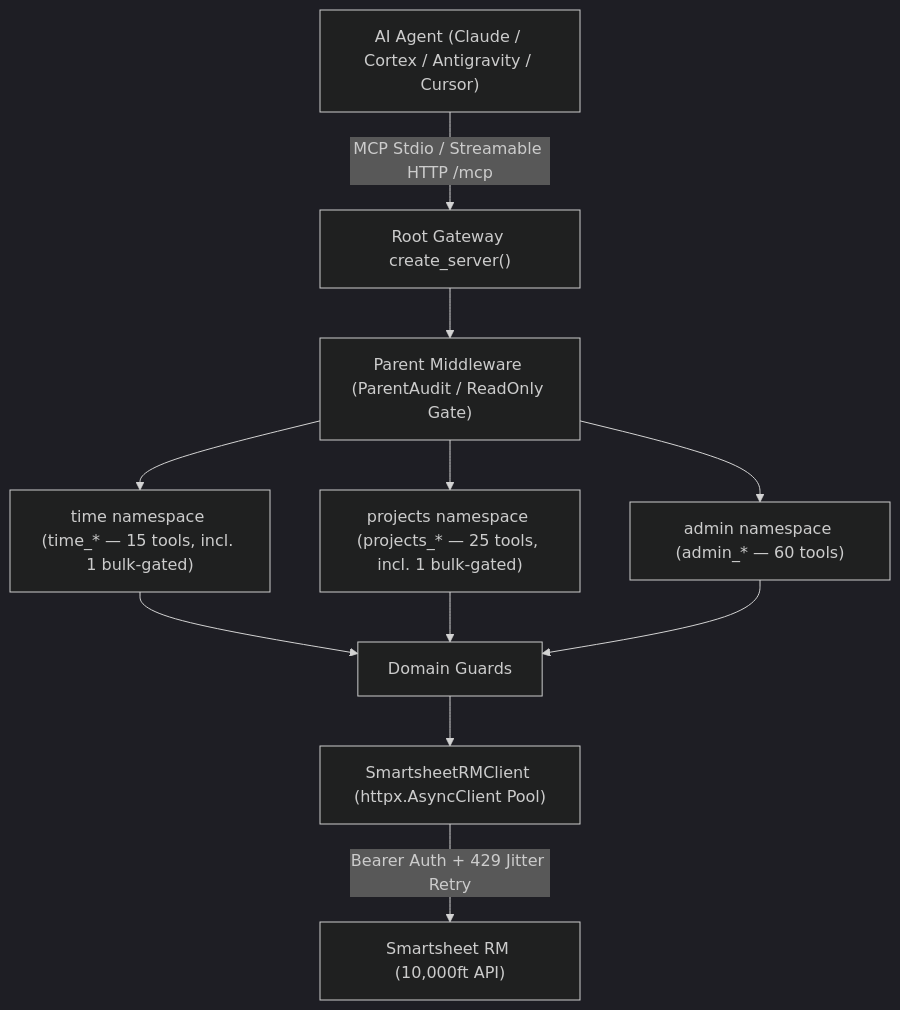
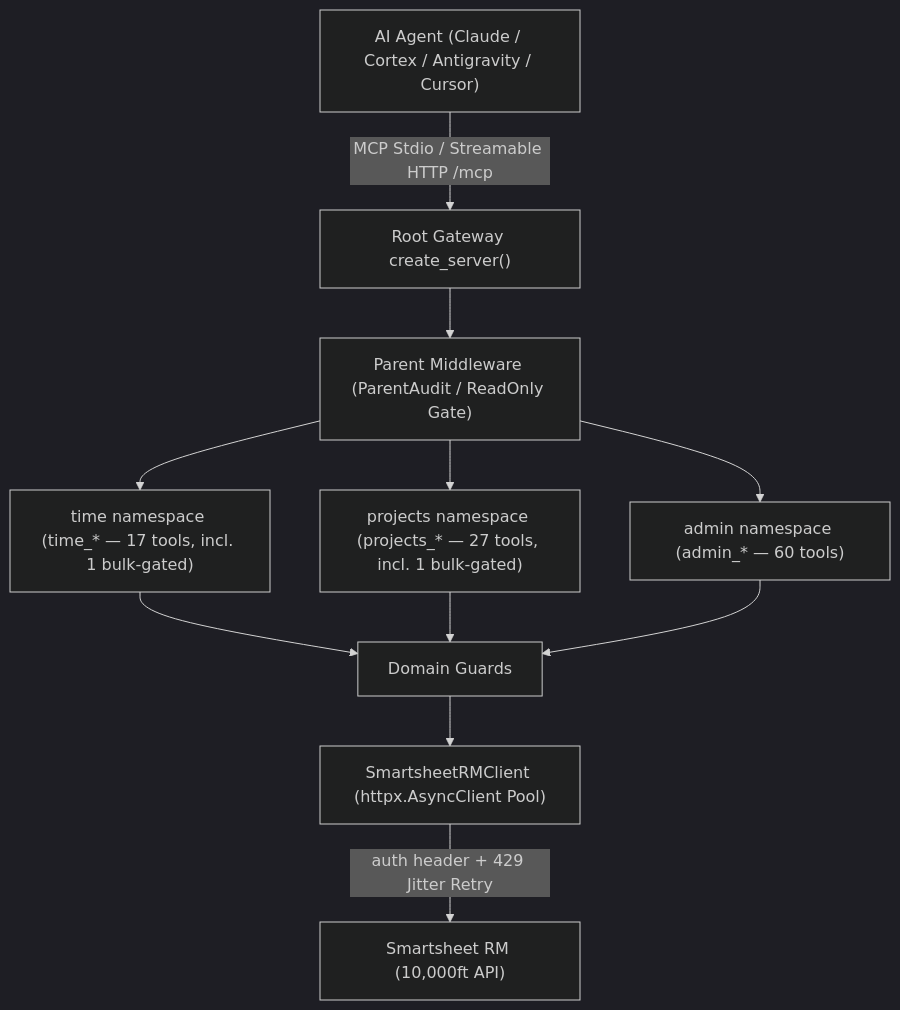
Before and after one commit to christianclaudio/mcp-server-smartsheet-rm: the diagram in README.md, drawn with Mermaid (dark theme). The commit also changed other lines of this file and 38 other files, not shown here.

First line of the commit message:
feat: add documented time-entry and assignment create tools, opt-in Smartsheet Gov URL, mark undocumented routes, and a real drift check (#62)

````diff
--- a/README.md
+++ b/README.md
@@ -18,13 +18,13 @@
 ```mermaid
 graph TD
     Client["AI Agent (Claude / Cortex / Antigravity / Cursor)"] -->|"MCP Stdio / Streamable HTTP /mcp"| Server["Root Gateway create_server()"]
     Server --> Middle["Parent Middleware (ParentAudit / ReadOnly Gate)"]
-    Middle --> SubTime["time namespace (time_* — 15 tools, incl. 1 bulk-gated)"]
-    Middle --> SubProj["projects namespace (projects_* — 25 tools, incl. 1 bulk-gated)"]
+    Middle --> SubTime["time namespace (time_* — 17 tools, incl. 1 bulk-gated)"]
+    Middle --> SubProj["projects namespace (projects_* — 27 tools, incl. 1 bulk-gated)"]
     Middle --> SubAdmin["admin namespace (admin_* — 60 tools)"]
     SubTime --> Guards["Domain Guards"]
     SubProj --> Guards
     SubAdmin --> Guards
     Guards --> ClientPool["SmartsheetRMClient (httpx.AsyncClient Pool)"]
-    ClientPool -->|"Bearer Auth + 429 Jitter Retry"| API["Smartsheet RM (10,000ft API)"]
+    ClientPool -->|"auth header + 429 Jitter Retry"| API["Smartsheet RM (10,000ft API)"]
 ```
````
